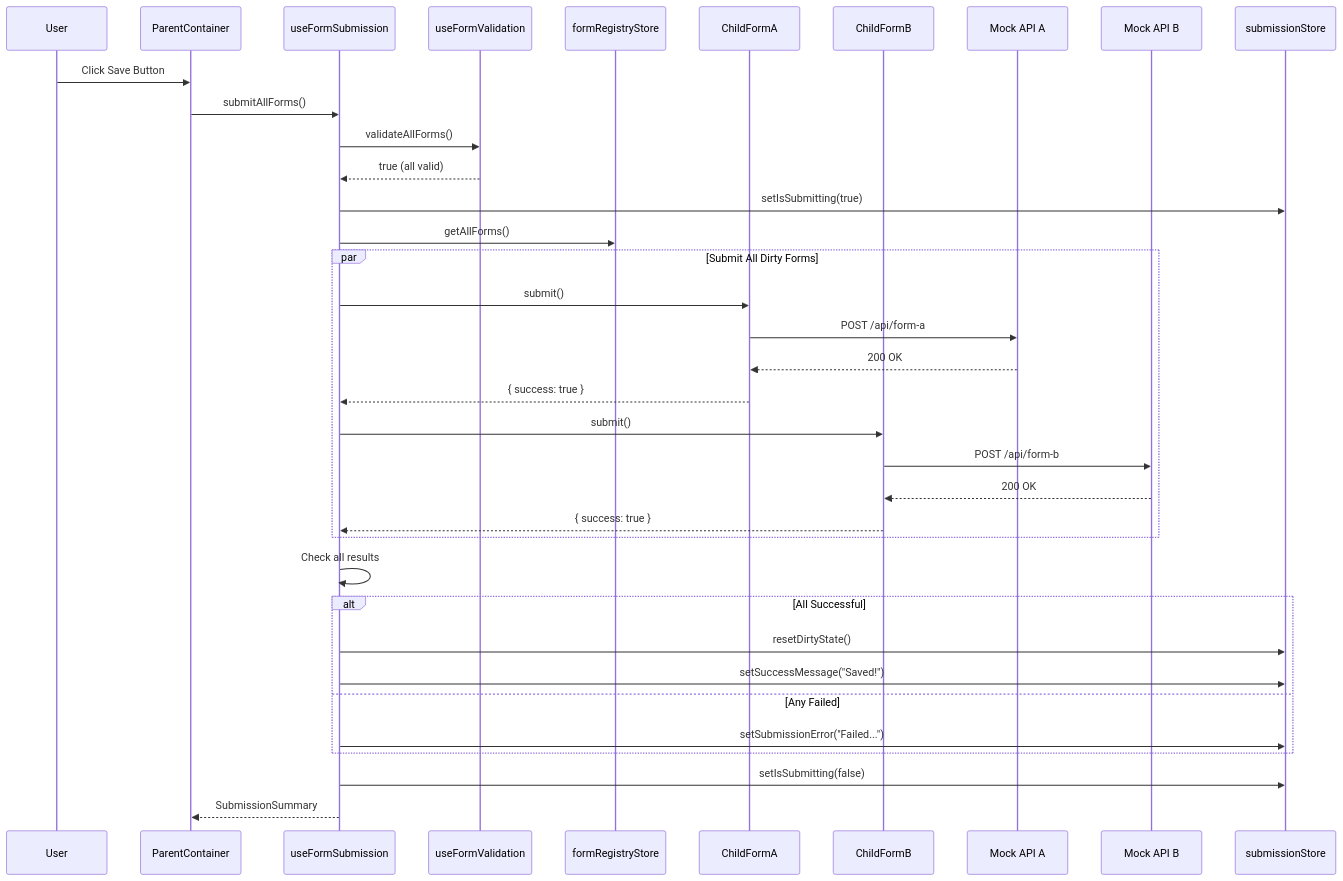
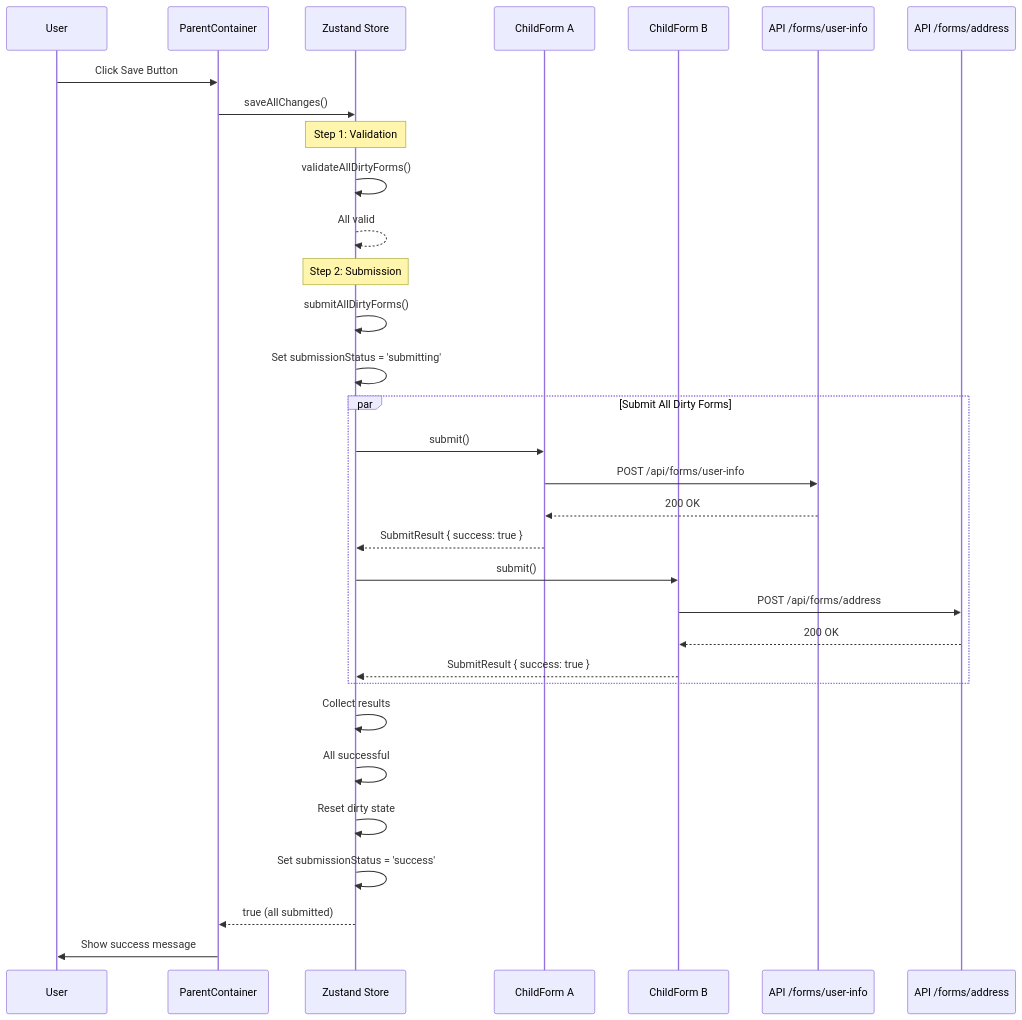
Before and after one commit to cebartling/react-experiments: the first of 2 diagrams in multi-form-save-experiment/documentation/implementation-plans/IMPL-003-submission-flow.md, drawn with Mermaid. The commit also changed other lines of this file and 8 other files, not shown here.

First line of the commit message:
docs: add implementation plans for FEATURE-001 multi-form save (#149)

````diff
--- a/multi-form-save-experiment/documentation/implementation-plans/IMPL-003-submission-flow.md
+++ b/multi-form-save-experiment/documentation/implementation-plans/IMPL-003-submission-flow.md
@@ -420,45 +526,41 @@
 ```mermaid
 sequenceDiagram
     participant User
     participant Parent as ParentContainer
-    participant Hook as useFormSubmission
-    participant ValHook as useFormValidation
-    participant Registry as formRegistryStore
-    participant FormA as ChildFormA
-    participant FormB as ChildFormB
-    participant API_A as Mock API A
-    participant API_B as Mock API B
-    participant Store as submissionStore
+    participant Store as Zustand Store
+    participant FormA as ChildForm A
+    participant FormB as ChildForm B
+    participant API_A as API /forms/user-info
+    participant API_B as API /forms/address
 
     User->>Parent: Click Save Button
-    Parent->>Hook: submitAllForms()
+    Parent->>Store: saveAllChanges()
 
-    Hook->>ValHook: validateAllForms()
-    ValHook-->>Hook: true (all valid)
+    Note over Store: Step 1: Validation
+    Store->>Store: validateAllDirtyForms()
+    Store-->>Store: All valid
 
-    Hook->>Store: setIsSubmitting(true)
-    Hook->>Registry: getAllForms()
+    Note over Store: Step 2: Submission
+    Store->>Store: submitAllDirtyForms()
+    Store->>Store: Set submissionStatus = 'submitting'
 
     par Submit All Dirty Forms
-        Hook->>FormA: submit()
-        FormA->>API_A: POST /api/form-a
+        Store->>FormA: submit()
+        FormA->>API_A: POST /api/forms/user-info
         API_A-->>FormA: 200 OK
-        FormA-->>Hook: { success: true }
+        FormA-->>Store: SubmitResult { success: true }
 
-        Hook->>FormB: submit()
-        FormB->>API_B: POST /api/form-b
+        Store->>FormB: submit()
+        FormB->>API_B: POST /api/forms/address
         API_B-->>FormB: 200 OK
-        FormB-->>Hook: { success: true }
+        FormB-->>Store: SubmitResult { success: true }
     end
 
-    Hook->>Hook: Check all results
-    alt All Successful
-        Hook->>Store: resetDirtyState()
-        Hook->>Store: setSuccessMessage("Saved!")
-    else Any Failed
-        Hook->>Store: setSubmissionError("Failed...")
-    end
+    Store->>Store: Collect results
+    Store->>Store: All successful
+    Store->>Store: Reset dirty state
+    Store->>Store: Set submissionStatus = 'success'
 
-    Hook->>Store: setIsSubmitting(false)
-    Hook-->>Parent: SubmissionSummary
+    Store-->>Parent: true (all submitted)
+    Parent->>User: Show success message
 ```
````
